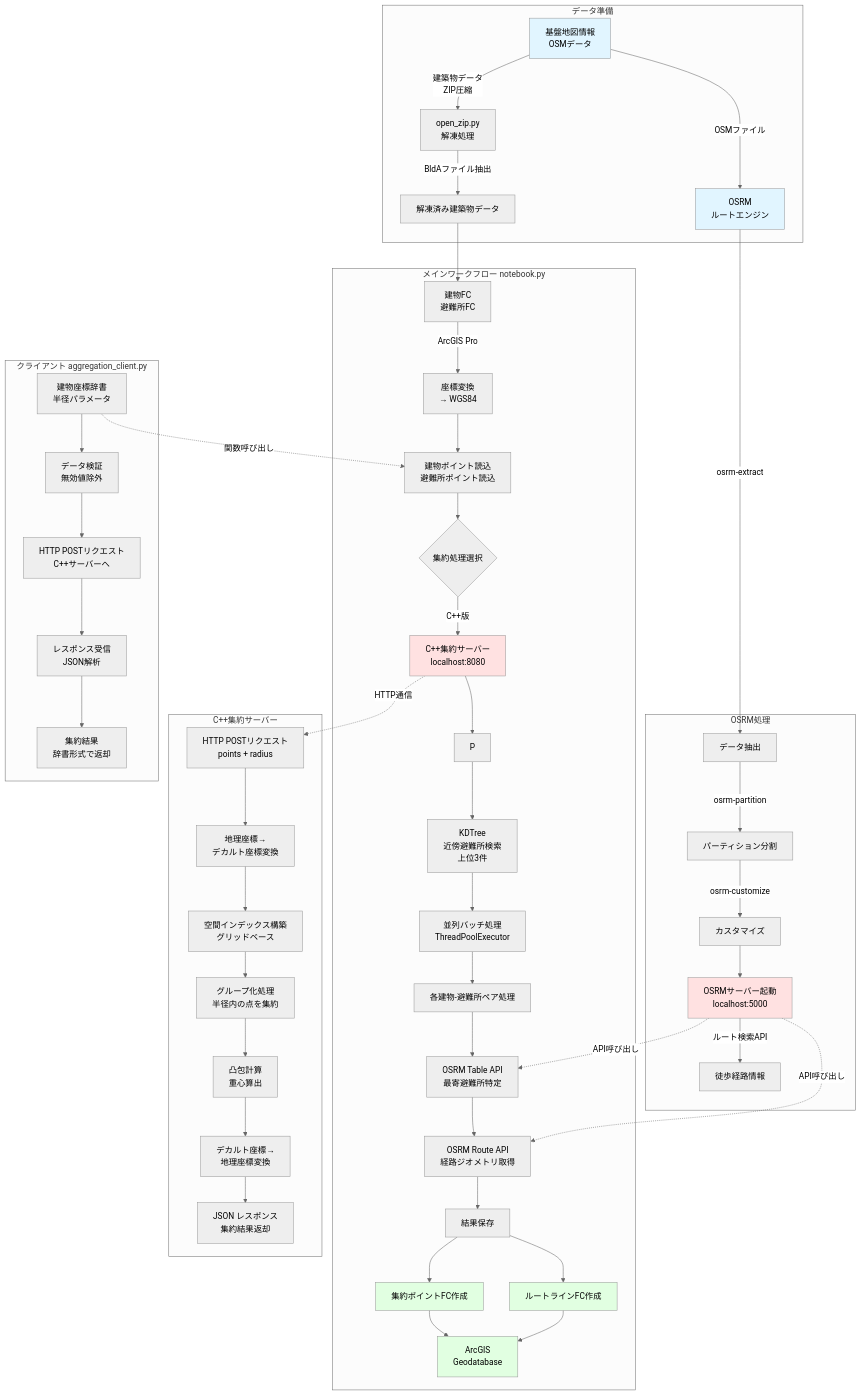
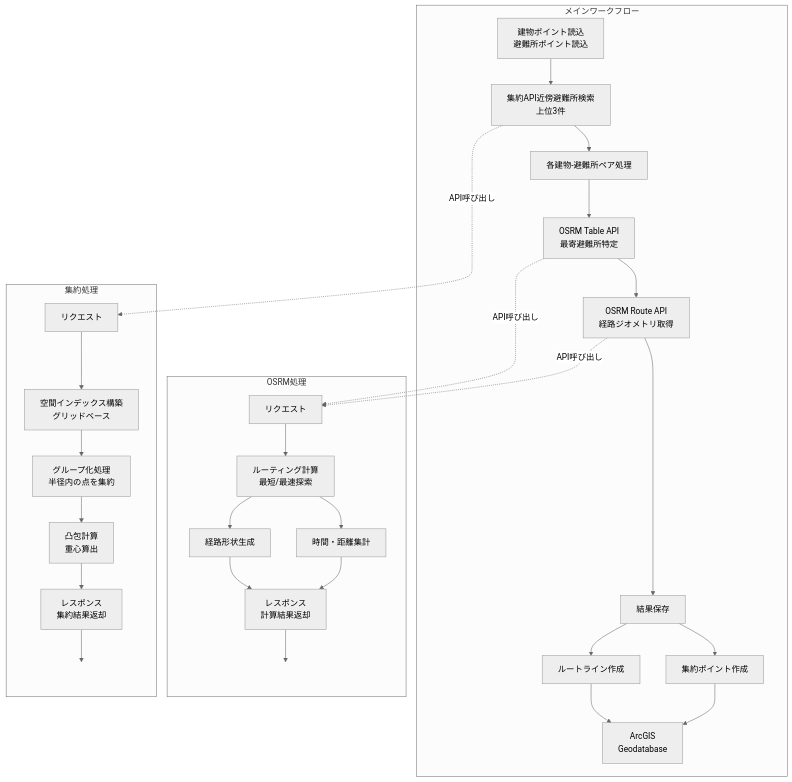
One commit to shumizu418128/graduate-study changed the diagram in flow.mmd. Above: the diagram before and after it, drawn with Mermaid (neutral theme).

Commit message:
スタイル調整

```diff
--- a/flow.mmd
+++ b/flow.mmd
@@ -1,71 +1,48 @@
 graph TB
-    subgraph "データ準備"
-        A[基盤地図情報<br/>OSMデータ] -->|OSMファイル| B[OSRM<br/>ルートエンジン]
-        A -->|建築物データ<br/>ZIP圧縮| C[open_zip.py<br/>解凍処理]
-        C -->|BldAファイル抽出| D[解凍済み建築物データ]
+    %% OSRM処理セクション (prefix: os_)
+    subgraph osrm ["OSRM処理"]
+        os_req[リクエスト]
+        os_req --> os_route_calc[ルーティング計算<br/>最短/最速探索]
+        os_route_calc --> os_time_dist[時間・距離集計]
+        os_route_calc --> os_geom[経路形状生成]
+        os_time_dist --> os_resp[レスポンス<br/>計算結果返却]
+        os_geom --> os_resp
+        os_resp --> os_dummy[ ]
     end
 
-    subgraph "OSRM処理"
-        B -->|osrm-extract| E[データ抽出]
-        E -->|osrm-partition| F[パーティション分割]
-        F -->|osrm-customize| G[カスタマイズ]
-        G --> H[OSRMサーバー起動<br/>localhost:5000]
-        H -->|ルート検索API| I[徒歩経路情報]
+    %% メインワークフロー (prefix: wf_)
+    subgraph workflow ["メインワークフロー"]
+        wf_load_points[建物ポイント読込<br/>避難所ポイント読込]
+        wf_load_points --> wf_agg_api[集約API近傍避難所検索<br/>上位3件]
+        wf_agg_api --> wf_pair_processing[各建物-避難所ペア処理]
+        wf_pair_processing --> wf_table_api[OSRM Table API<br/>最寄避難所特定]
+        wf_table_api --> wf_route_api[OSRM Route API<br/>経路ジオメトリ取得]
+        wf_route_api --> wf_save_results[結果保存]
+        wf_save_results --> wf_create_points[集約ポイント作成]
+        wf_save_results --> wf_create_lines[ルートライン作成]
+        wf_create_points --> wf_geodb[ArcGIS<br/>Geodatabase]
+        wf_create_lines --> wf_geodb
     end
 
-    subgraph "メインワークフロー notebook.py"
-        D --> J[建物FC<br/>避難所FC]
-        J -->|ArcGIS Pro| K[座標変換<br/>→ WGS84]
-
-        K --> L[建物ポイント読込<br/>避難所ポイント読込]
-
-        L --> M{集約処理選択}
-        M -->|C++版| O[C++集約サーバー<br/>localhost:8080]
-
-        O --> P
-
-        P --> Q[KDTree<br/>近傍避難所検索<br/>上位3件]
-
-        Q --> R[並列バッチ処理<br/>ThreadPoolExecutor]
-
-        R --> S[各建物-避難所ペア処理]
-
-        S --> T[OSRM Table API<br/>最寄避難所特定]
-        T --> U[OSRM Route API<br/>経路ジオメトリ取得]
-
-        U --> V[結果保存]
-        V --> W[集約ポイントFC作成]
-        V --> X[ルートラインFC作成]
-
-        W --> Y[ArcGIS<br/>Geodatabase]
-        X --> Y
+    %% 集約処理 (prefix: agg_)
+    subgraph aggregation ["集約処理"]
+        agg_req[リクエスト]
+        agg_req --> agg_build_index[空間インデックス構築<br/>グリッドベース]
+        agg_build_index --> agg_group[グループ化処理<br/>半径内の点を集約]
+        agg_group --> agg_convex_centroid[凸包計算<br/>重心算出]
+        agg_convex_centroid --> agg_resp[レスポンス<br/>集約結果返却]
+        agg_resp --> agg_dummy[ ]
     end
 
-    subgraph "C++集約サーバー"
-        O1[HTTP POSTリクエスト<br/>points + radius] --> O2[地理座標→<br/>デカルト座標変換]
-        O2 --> O3[空間インデックス構築<br/>グリッドベース]
-        O3 --> O4[グループ化処理<br/>半径内の点を集約]
-        O4 --> O5[凸包計算<br/>重心算出]
-        O5 --> O6[デカルト座標→<br/>地理座標変換]
-        O6 --> O7[JSON レスポンス<br/>集約結果返却]
-    end
+    %% API呼び出しの関連 (dashed)
+    wf_table_api -.->|API呼び出し| os_req
+    wf_route_api -.->|API呼び出し| os_req
+    wf_agg_api -.->|API呼び出し| agg_req
 
-    subgraph "クライアント aggregation_client.py"
-        P1[建物座標辞書<br/>半径パラメータ] --> P2[データ検証<br/>無効値除外]
-        P2 --> P3[HTTP POSTリクエスト<br/>C++サーバーへ]
-        P3 --> P4[レスポンス受信<br/>JSON解析]
-        P4 --> P5[集約結果<br/>辞書形式で返却]
-    end
+    %% 高さ揃え用の不可視リンク
+    os_dummy ~~~ wf_geodb
+    agg_dummy ~~~ wf_geodb
 
-    H -.->|API呼び出し| T
-    H -.->|API呼び出し| U
-    O -.->|HTTP通信| O1
-    P1 -.->|関数呼び出し| L
-
-    style A fill:#e1f5ff
-    style B fill:#e1f5ff
-    style H fill:#ffe1e1
-    style O fill:#ffe1e1
-    style Y fill:#e1ffe1
-    style W fill:#e1ffe1
-    style X fill:#e1ffe1
+    %% ダミーノードを非表示化
+    style os_dummy fill:none,stroke:none
+    style agg_dummy fill:none,stroke:none
```
